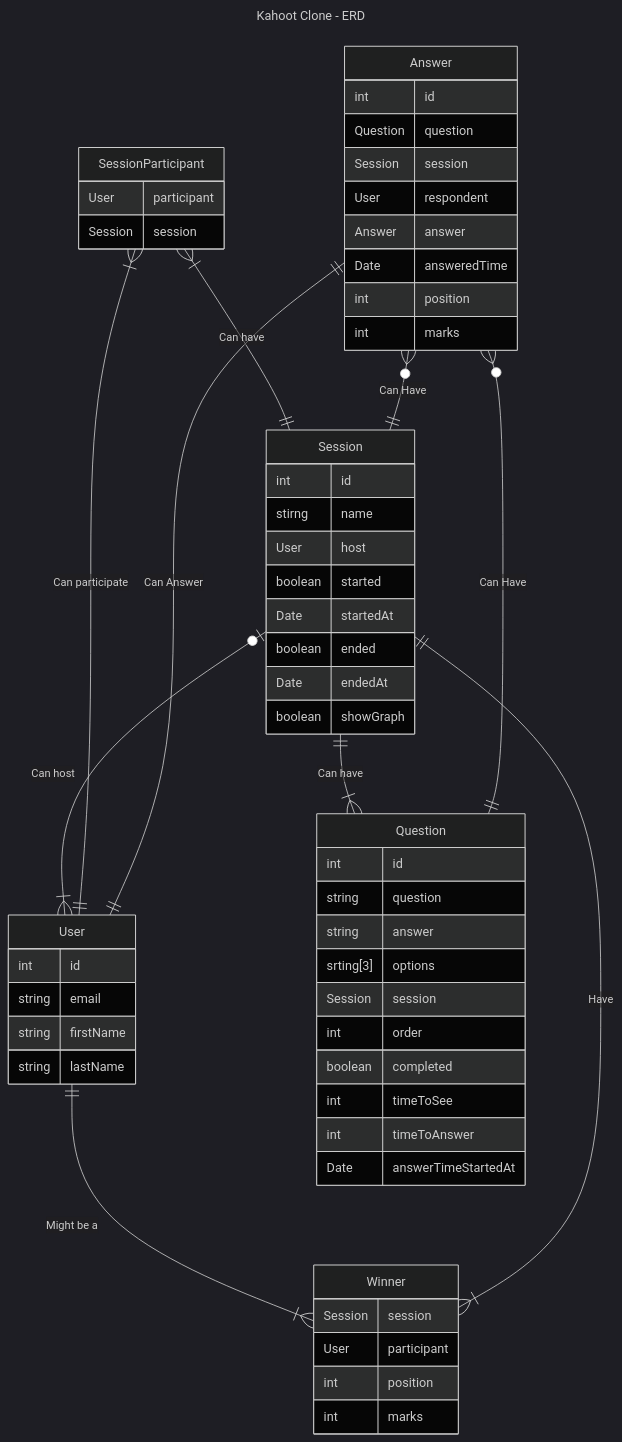
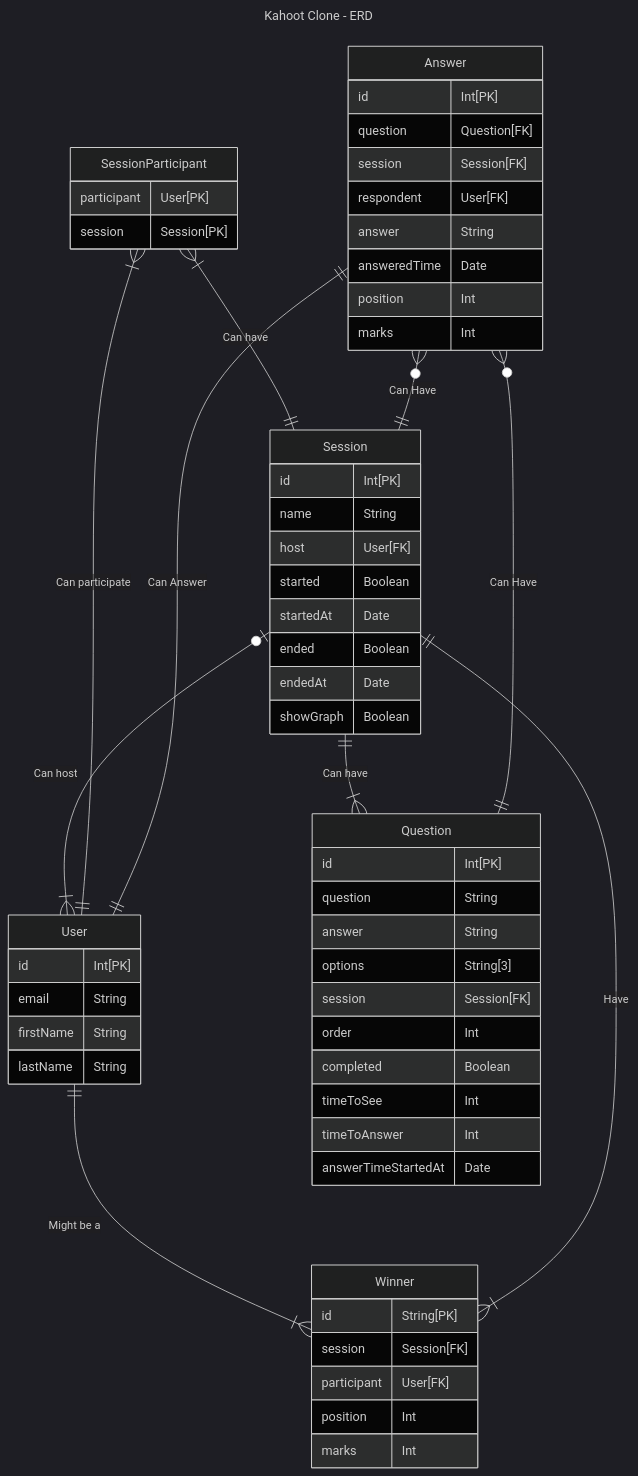
One commit to SandunRathsara/QuizRace changed the diagram in diagrams/erd.mmd. Above: the diagram before and after it, drawn with Mermaid (dark theme). The commit also changed 6 other files, not shown here.

```diff
--- a/diagrams/erd.mmd
+++ b/diagrams/erd.mmd
@@ -1,76 +1,77 @@
 ---
 title: Kahoot Clone - ERD
 ---
 
 erDiagram
     User {
-        int id
-        string email
-        string firstName
-        string lastName
+        id Int[PK]
+        email String
+        firstName String
+        lastName String
     }
 
     Question {
-        int id
-        string question
-        string answer
-        srting[3] options
-        Session session
-        int order
-        boolean completed
-        int timeToSee
-        int timeToAnswer
-        Date answerTimeStartedAt
+        id Int[PK]
+        question String
+        answer String
+        options String[3]
+        session Session[FK]
+        order Int
+        completed Boolean
+        timeToSee Int
+        timeToAnswer Int
+        answerTimeStartedAt Date
     }
 
     Session {
-        int id
-        stirng name
-        User host
-        boolean started
-        Date startedAt
-        boolean ended
-        Date endedAt
-        boolean showGraph
+        id Int[PK]
+        name String
+        host User[FK]
+        started Boolean
+        startedAt Date
+        ended Boolean
+        endedAt Date
+        showGraph Boolean
     }
 
     Answer {
-        int id
-        Question question
-        Session session
-        User respondent
-        Answer answer
-        Date answeredTime
-        int position
-        int marks
+        id Int[PK]
+        question Question[FK]
+        session Session[FK]
+        respondent User[FK]
+        answer String
+        answeredTime Date
+        position Int
+        marks Int
     }
 
     SessionParticipant {
-        User participant
-        Session session
+        participant User[PK]
+        session Session[PK]
     }
 
     Winner {
-        Session session
-        User participant
-        int position
-        int marks
+        id String[PK]
+        session Session[FK]
+        participant User[FK]
+        position Int
+        marks Int
     }
 
     Session |o--|{ User: "Can host"
 
     SessionParticipant }|--|| Session: "Can have"
 
     SessionParticipant }|--|| User: "Can participate"
 
     Session ||--|{ Question: "Can have"
 
     Answer }o--|| Question: "Can Have"
 
     Answer }o--|| Session: "Can Have"
 
     Answer ||--|| User: "Can Answer"
 
     User ||--|{ Winner: "Might be a"
 
     Session ||--|{ Winner: "Have"
```
